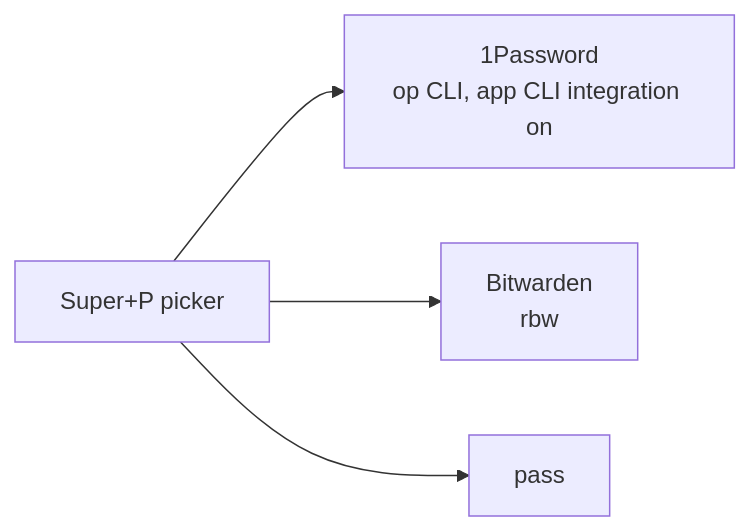
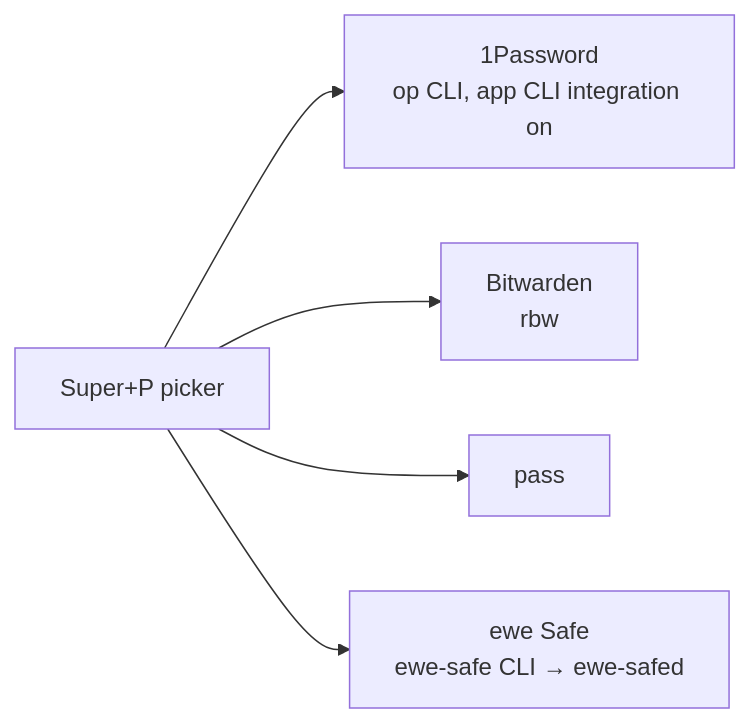
Before and after one commit to prj786/ewe-map: the diagram in 04-Plugins/Passwords Plugin.md, drawn with Mermaid. The commit also changed other lines of this file and 12 other files, not shown here.

````diff
--- a/04-Plugins/Passwords Plugin.md
+++ b/04-Plugins/Passwords Plugin.md
@@ -34,6 +34,7 @@
 ```mermaid
 flowchart LR
     PANEL["Super+P picker"] --> OP["1Password<br/>op CLI, app CLI integration on"]
     PANEL --> BW["Bitwarden<br/>rbw"]
     PANEL --> PASS["pass"]
+    PANEL --> SAFE["ewe Safe<br/>ewe-safe CLI → ewe-safed"]
 ```
````
